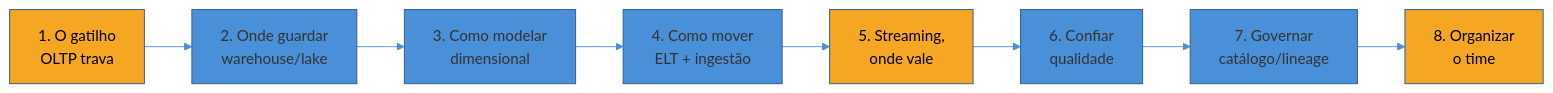
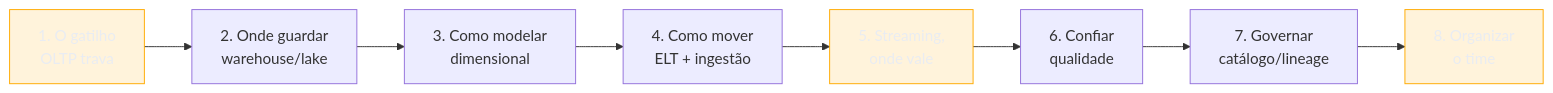
One commit to josenaldo/codex-technomanticus changed the first of 4 diagrams in 03-Dominios/Engenharia/Dados/Capstone - Desenhando a plataforma de dados de uma empresa do zero.md. Above: the diagram before and after it, drawn with Mermaid. The commit also changed other lines of this file and 1181 other files, not shown here.

First line of the commit message:
fix(diagramas): paleta do sistema no lugar de cor cravada no markdown

````diff
--- a/03-Dominios/Engenharia/Dados/Capstone - Desenhando a plataforma de dados de uma empresa do zero.md
+++ b/03-Dominios/Engenharia/Dados/Capstone - Desenhando a plataforma de dados de uma empresa do zero.md
@@ -34,15 +34,15 @@
 ```mermaid
-%%{init: {"theme": "base", "themeVariables": {"primaryColor": "#4A90D9", "primaryBorderColor": "#2E5C8A", "lineColor": "#4A90D9"}}}%%
 graph LR
+    classDef destaque fill:#FFAA0024,stroke:#FFAA00,color:#E9ECF2
     A["1. O gatilho<br/>OLTP trava"] --> B["2. Onde guardar<br/>warehouse/lake"]
     B --> C["3. Como modelar<br/>dimensional"]
     C --> D["4. Como mover<br/>ELT + ingestão"]
     D --> E["5. Streaming,<br/>onde vale"]
     E --> F["6. Confiar<br/>qualidade"]
     F --> G["7. Governar<br/>catálogo/lineage"]
     G --> H["8. Organizar<br/>o time"]
 
-    style A fill:#F5A623,color:#000
-    style E fill:#F5A623,color:#000
-    style H fill:#F5A623,color:#000
+    class A destaque
+    class E destaque
+    class H destaque
 ```
````
